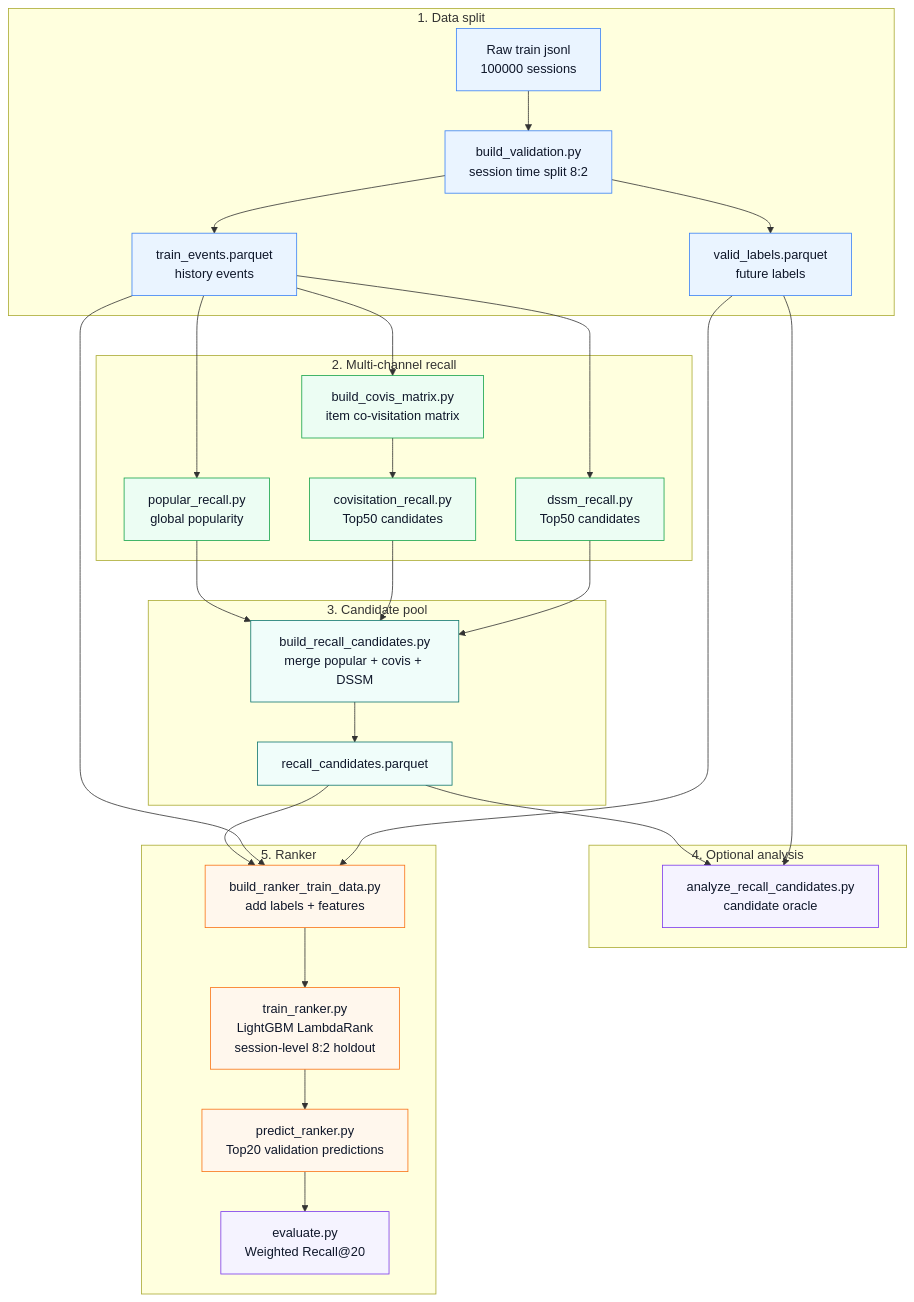
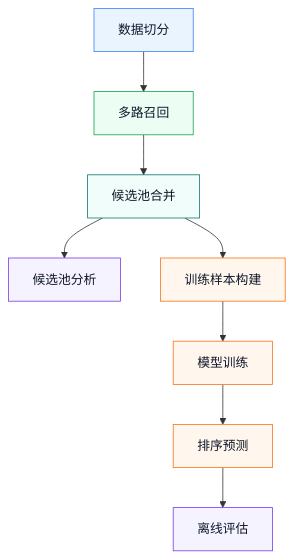
Before and after one commit to wbn11/otto-recommender-system: the first of 2 diagrams in reports/architecture.md, drawn with Mermaid. The commit also changed other lines of this file and 1 other file, not shown here.

````diff
--- a/reports/architecture.md
+++ b/reports/architecture.md
@@ -29,48 +29,22 @@
 ```mermaid
 flowchart TD
-    subgraph S1["1. Data split"]
-        A["Raw train jsonl<br/>100000 sessions"] --> B["build_validation.py<br/>session time split 8:2"]
-        B --> C["train_events.parquet<br/>history events"]
-        B --> D["valid_labels.parquet<br/>future labels"]
-    end
-
-    subgraph S2["2. Multi-channel recall"]
-        C --> E1["popular_recall.py<br/>global popularity"]
-        C --> E2["build_covis_matrix.py<br/>item co-visitation matrix"]
-        E2 --> E3["covisitation_recall.py<br/>Top50 candidates"]
-        C --> E4["dssm_recall.py<br/>Top50 candidates"]
-    end
-
-    subgraph S3["3. Candidate pool"]
-        E1 --> F["build_recall_candidates.py<br/>merge popular + covis + DSSM"]
-        E3 --> F
-        E4 --> F
-        F --> G["recall_candidates.parquet"]
-    end
-
-    subgraph S4["4. Optional analysis"]
-        G --> H["analyze_recall_candidates.py<br/>candidate oracle"]
-        D --> H
-    end
-
-    subgraph S5["5. Ranker"]
-        G --> I["build_ranker_train_data.py<br/>add labels + features"]
-        C --> I
-        D --> I
-        I --> J["train_ranker.py<br/>LightGBM LambdaRank<br/>session-level 8:2 holdout"]
-        J --> K["predict_ranker.py<br/>Top20 validation predictions"]
-        K --> L["evaluate.py<br/>Weighted Recall@20"]
-    end
+    A["数据切分"] --> B["多路召回"]
+    B --> C["候选池合并"]
+    C --> D["候选池分析"]
+    C --> E["训练样本构建"]
+    E --> F["模型训练"]
+    F --> G["排序预测"]
+    G --> H["离线评估"]
 
     classDef data fill:#eaf4ff,stroke:#3b82f6,color:#0f172a;
     classDef recall fill:#ecfdf3,stroke:#16a34a,color:#0f172a;
     classDef candidate fill:#f0fdfa,stroke:#0f766e,color:#0f172a;
     classDef rank fill:#fff7ed,stroke:#f97316,color:#0f172a;
     classDef eval fill:#f5f3ff,stroke:#7c3aed,color:#0f172a;
 
-    class A,B,C,D data;
-    class E1,E2,E3,E4 recall;
-    class F,G candidate;
-    class I,J,K rank;
-    class H,L eval;
+    class A data;
+    class B recall;
+    class C candidate;
+    class E,F,G rank;
+    class D,H eval;
 ```
````
